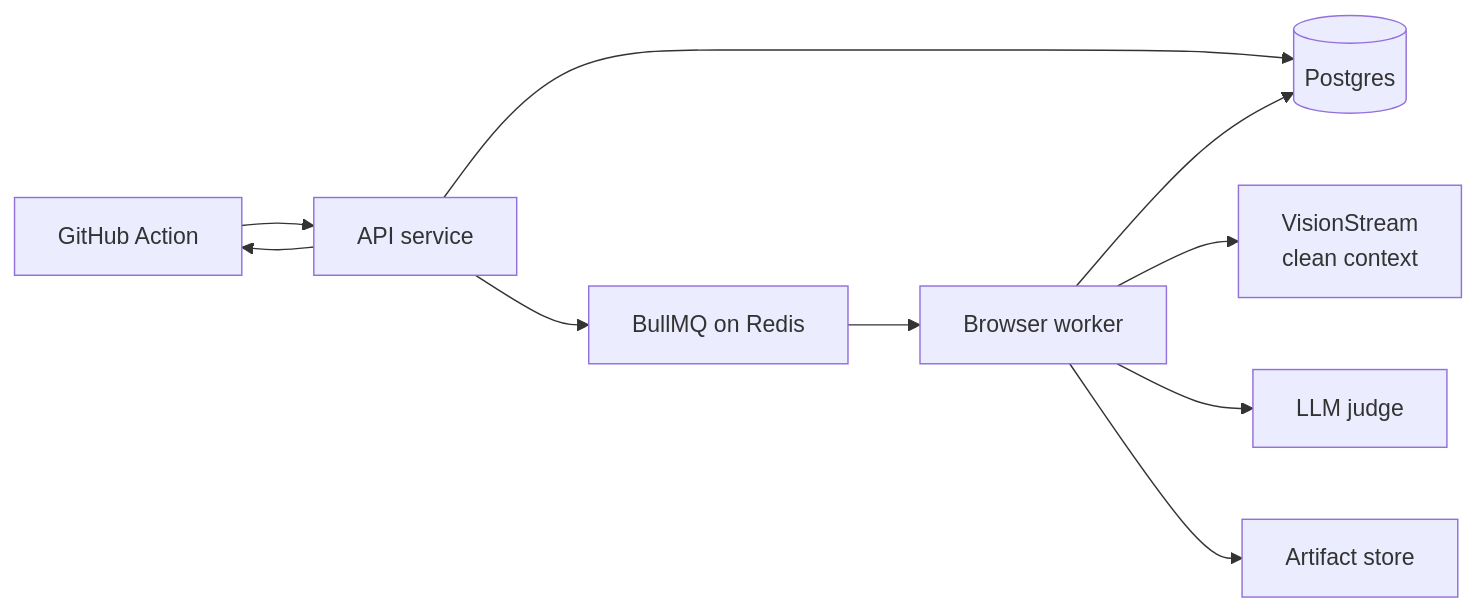
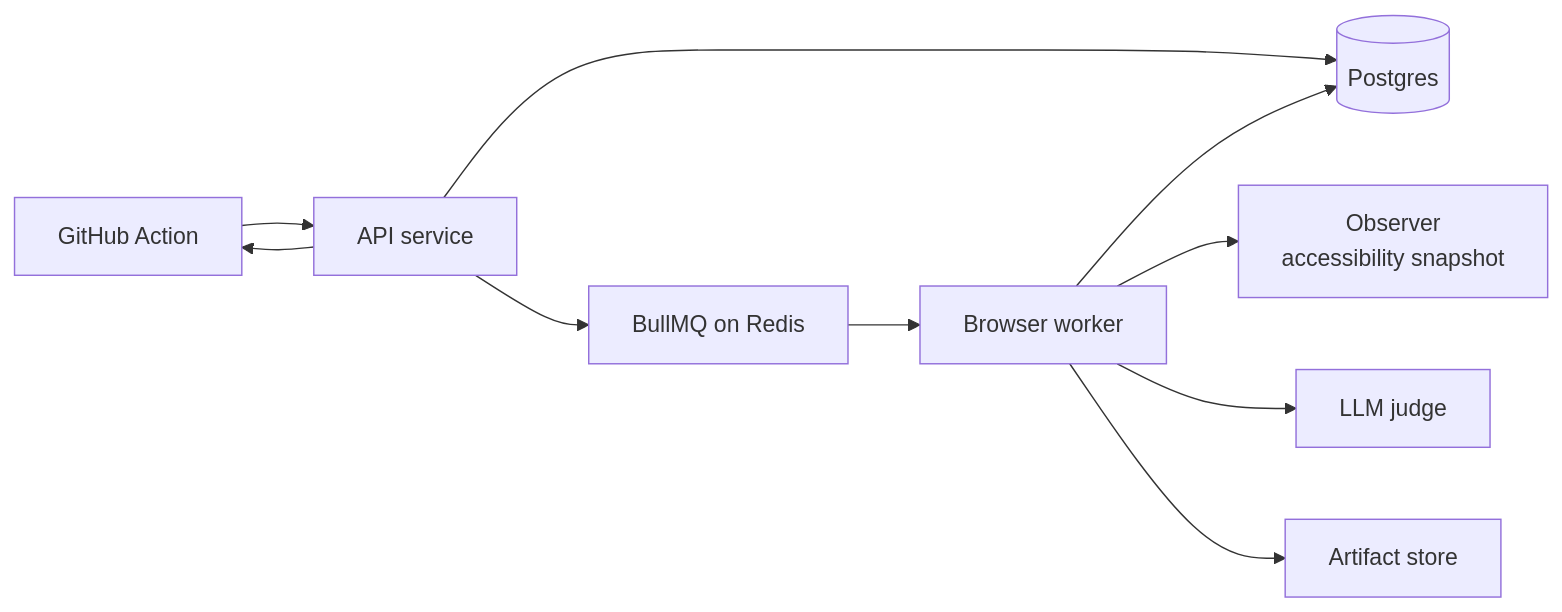
The second of 2 diagrams in docs/PRD.md (Tanishq67m/Verdict-AlanAI), drawn with Mermaid before and after one commit. The commit also changed other lines of this file and 3 other files, not shown here.

Commit message:
docs: use Playwright accessibility snapshot as the page observer; drop planned external observer

````diff
--- a/docs/PRD.md
+++ b/docs/PRD.md
@@ -87,12 +87,12 @@
 ```mermaid
 flowchart LR
     GA[GitHub Action] --> API[API service]
     API --> DB[(Postgres)]
     API --> Q[BullMQ on Redis]
     Q --> W[Browser worker]
-    W --> VS[VisionStream<br/>clean context]
+    W --> VS[Observer<br/>accessibility snapshot]
     W --> LLM[LLM judge]
     W --> S3[Artifact store]
     W --> DB
     API --> GA
 ```
````
